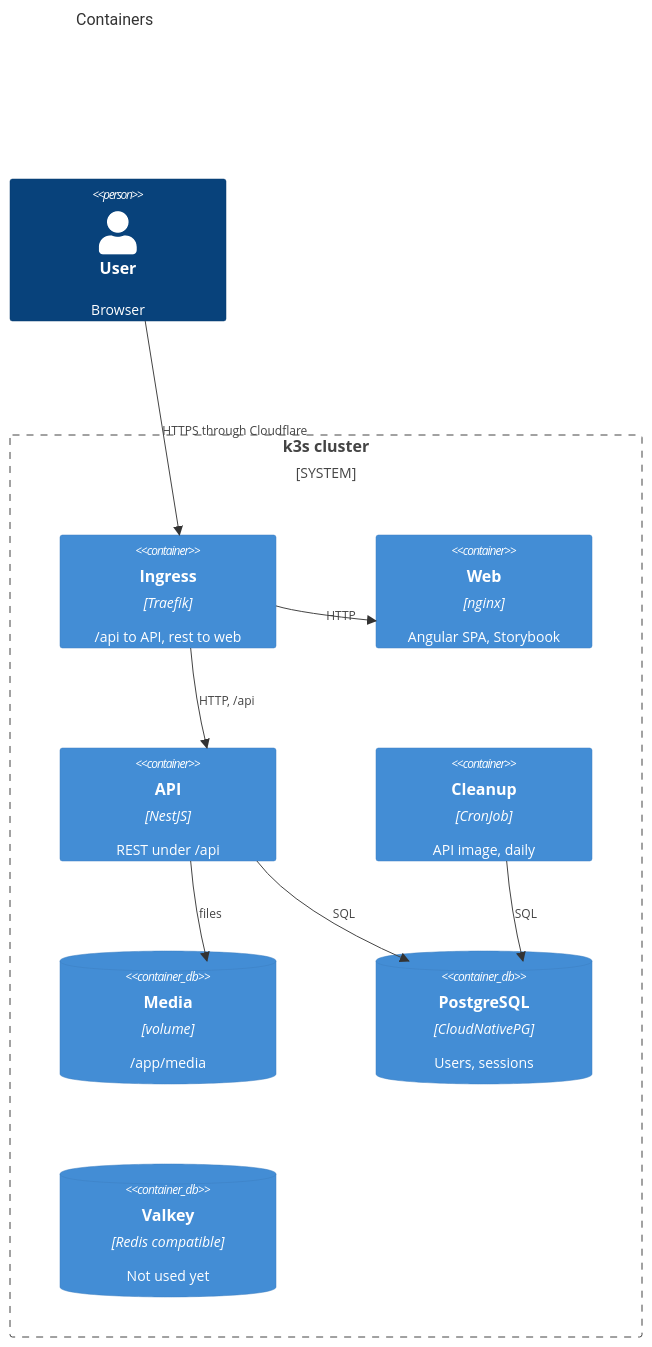
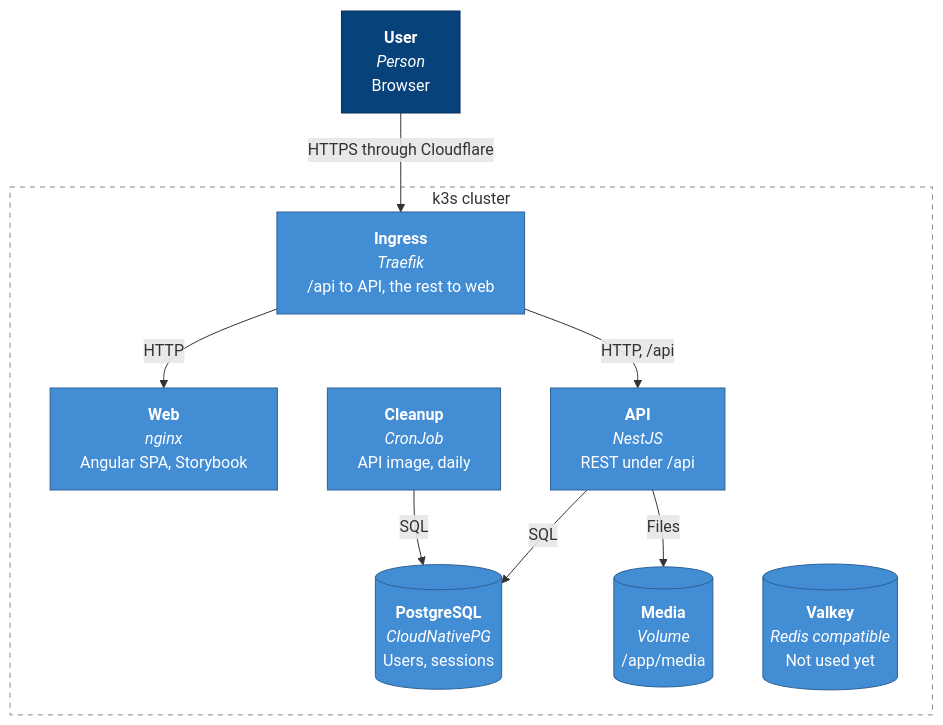
One commit to zniszcz/boilerplate-angular-nest changed the second of 2 diagrams in docs/README.md. Above: the diagram before and after it, drawn with Mermaid. The commit also changed other lines of this file, not shown here.

Commit message:
docs: draw the C4 diagrams as flowcharts with titles above them
Mermaid's experimental C4 syntax lays out differently on GitHub and tangles
the arrows; flowcharts in the C4 colours keep a stable layout.

````diff
--- a/docs/README.md
+++ b/docs/README.md
@@ -62,21 +71,25 @@
 ```mermaid
-C4Container
-    title Containers
-    UpdateLayoutConfig($c4ShapeInRow="4", $c4BoundaryInRow="1")
-    Person(user, "User", "Browser")
-    System_Boundary(cluster, "k3s cluster") {
-        Container(ingress, "Ingress", "Traefik", "/api to API, rest to web")
-        Container(web, "Web", "nginx", "Angular SPA, Storybook")
-        Container(api, "API", "NestJS", "REST under /api")
-        Container(cleanup, "Cleanup", "CronJob", "API image, daily")
-        ContainerDb(media, "Media", "volume", "/app/media")
-        ContainerDb(db, "PostgreSQL", "CloudNativePG", "Users, sessions")
-        ContainerDb(valkey, "Valkey", "Redis compatible", "Not used yet")
-    }
-    Rel(user, ingress, "HTTPS through Cloudflare")
-    Rel(ingress, web, "HTTP")
-    Rel(ingress, api, "HTTP, /api")
-    Rel(api, db, "SQL")
-    Rel(api, media, "files")
-    Rel(cleanup, db, "SQL")
+flowchart TB
+    user["<b>User</b><br/><i>Person</i><br/>Browser"]:::person
+    subgraph cluster["k3s cluster"]
+        ingress["<b>Ingress</b><br/><i>Traefik</i><br/>/api to API, the rest to web"]:::container
+        web["<b>Web</b><br/><i>nginx</i><br/>Angular SPA, Storybook"]:::container
+        api["<b>API</b><br/><i>NestJS</i><br/>REST under /api"]:::container
+        cleanup["<b>Cleanup</b><br/><i>CronJob</i><br/>API image, daily"]:::container
+        db[("<b>PostgreSQL</b><br/><i>CloudNativePG</i><br/>Users, sessions")]:::container
+        media[("<b>Media</b><br/><i>Volume</i><br/>/app/media")]:::container
+        valkey[("<b>Valkey</b><br/><i>Redis compatible</i><br/>Not used yet")]:::container
+    end
+    user -- "HTTPS through Cloudflare" --> ingress
+    ingress -- HTTP --> web
+    ingress -- "HTTP, /api" --> api
+    api -- SQL --> db
+    api -- Files --> media
+    cleanup -- SQL --> db
+    classDef person fill:#08427b,stroke:#052e56,color:#fff
+    classDef system fill:#1168bd,stroke:#0b4884,color:#fff
+    classDef external fill:#8a8a8a,stroke:#6b6b6b,color:#fff
+    classDef container fill:#438dd5,stroke:#2e6295,color:#fff
+    classDef boundary fill:none,stroke:#888,stroke-dasharray:5 5
+    class cluster boundary
 ```
````
